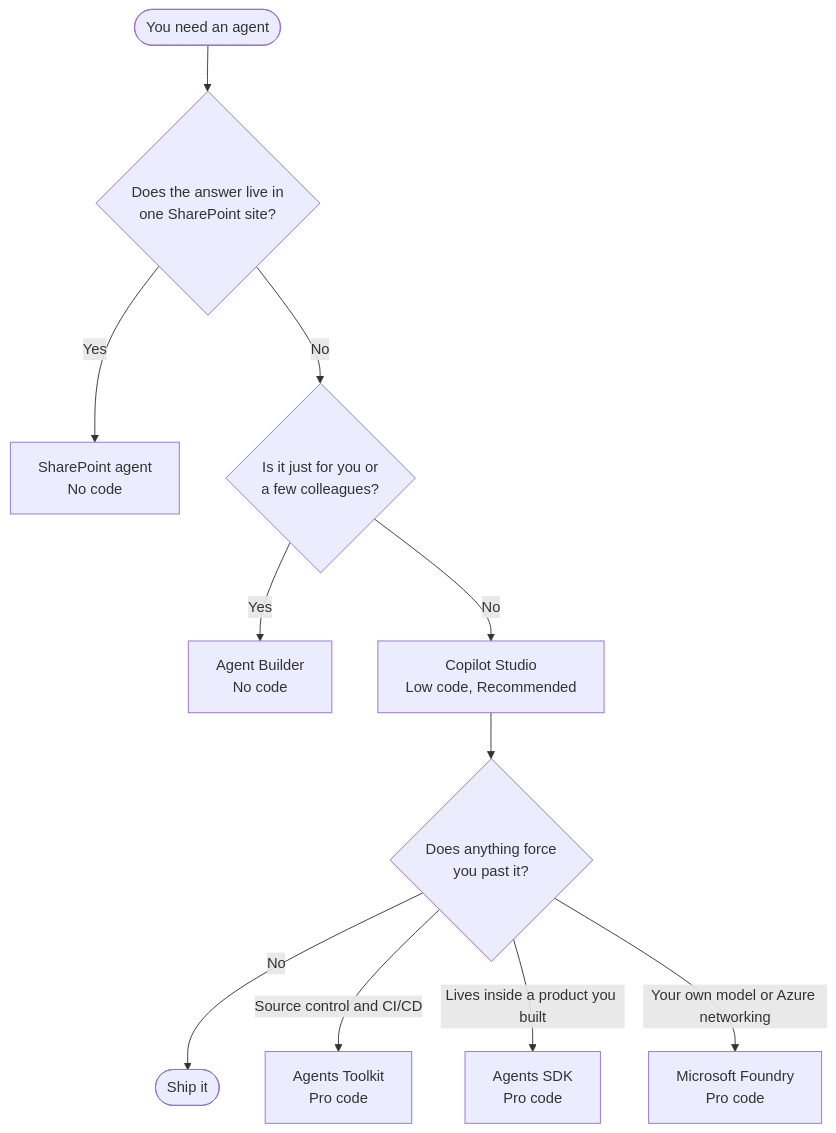
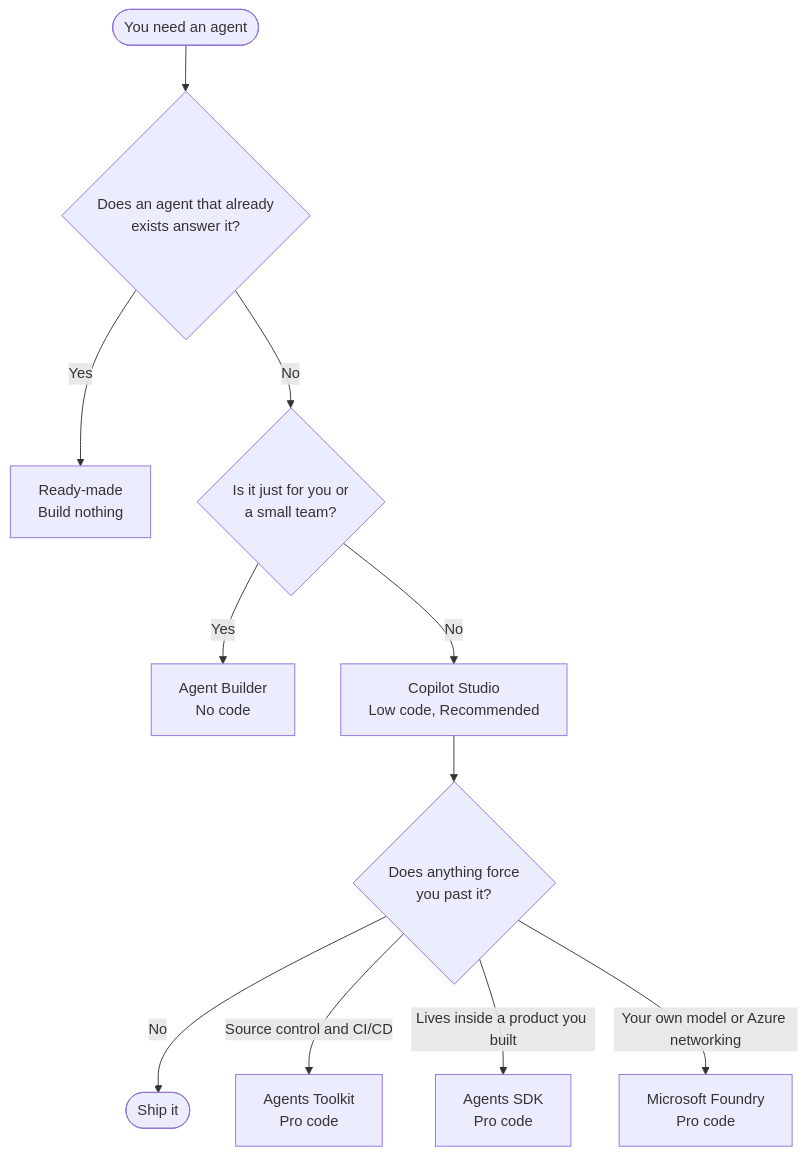
Before and after one commit to SSWConsulting/SSW.Rules.Content: the diagram in public/uploads/rules/ai-agent-platform/rule.mdx, drawn with Mermaid. The commit also changed other lines of this file, not shown here.

````diff
--- a/public/uploads/rules/ai-agent-platform/rule.mdx
+++ b/public/uploads/rules/ai-agent-platform/rule.mdx
@@ -38,13 +51,13 @@
 ```mermaid
 flowchart TD
-    Start(["You need an agent"]) --> Q1{"Does the answer live in<br>one SharePoint site?"}
-    Q1 -->|Yes| SP["SharePoint agent<br>No code"]
-    Q1 -->|No| Q2{"Is it just for you or<br>a few colleagues?"}
-    Q2 -->|Yes| AB["Agent Builder<br>No code"]
-    Q2 -->|No| CS["Copilot Studio<br>Low code, Recommended"]
-    CS --> Q3{"Does anything force<br>you past it?"}
-    Q3 -->|No| Ship(["Ship it"])
-    Q3 -->|"Source control and CI/CD"| TK["Agents Toolkit<br>Pro code"]
-    Q3 -->|"Lives inside a product you built"| SDK["Agents SDK<br>Pro code"]
-    Q3 -->|"Your own model or Azure networking"| FD["Microsoft Foundry<br>Pro code"]
+    Start(["You need an agent"]) --> Q0{"Does an agent that already<br>exists answer it?"}
+    Q0 -->|Yes| RM["Ready-made<br>Build nothing"]
+    Q0 -->|No| Q1{"Is it just for you or<br>a small team?"}
+    Q1 -->|Yes| AB["Agent Builder<br>No code"]
+    Q1 -->|No| CS["Copilot Studio<br>Low code, Recommended"]
+    CS --> Q2{"Does anything force<br>you past it?"}
+    Q2 -->|No| Ship(["Ship it"])
+    Q2 -->|"Source control and CI/CD"| TK["Agents Toolkit<br>Pro code"]
+    Q2 -->|"Lives inside a product you built"| SDK["Agents SDK<br>Pro code"]
+    Q2 -->|"Your own model or Azure networking"| FD["Microsoft Foundry<br>Pro code"]
 ```
````
